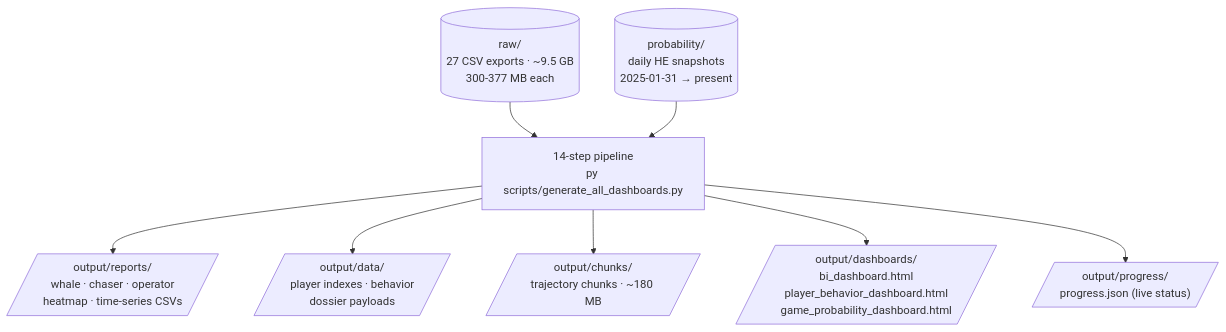
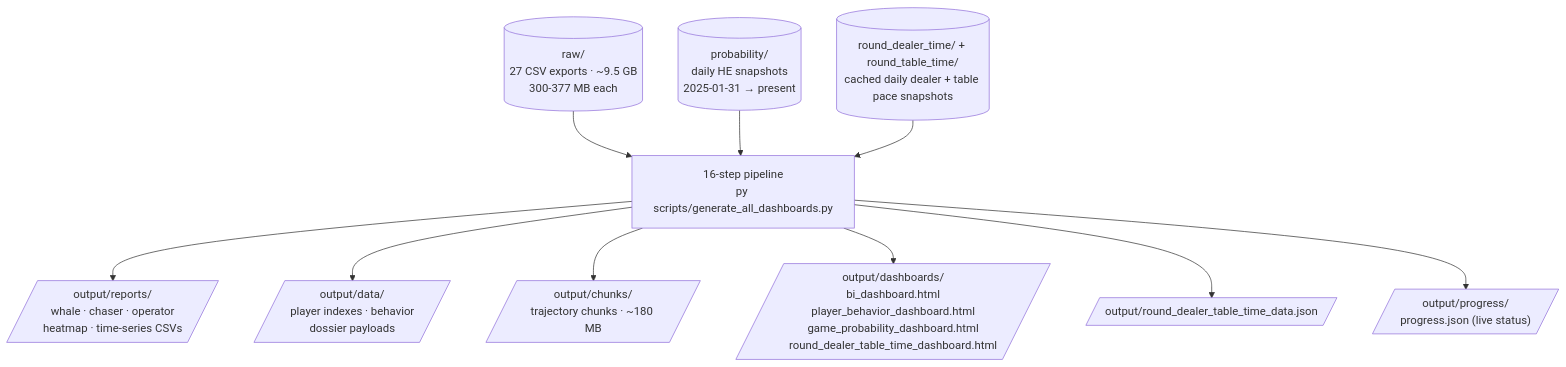
The diagram in data/README.md (MagusZealot/August-2026), drawn with Mermaid before and after one commit. The commit also changed other lines of this file and 10 other files, not shown here.

First line of the commit message:
Add round dealer and table time ingest script for unified dashboard

````diff
--- a/data/README.md
+++ b/data/README.md
@@ -48,14 +57,17 @@
 ```mermaid
 flowchart TD
     RAW[("raw/<br/>27 CSV exports · ~9.5 GB<br/>300-377 MB each")]
     PROB[("probability/<br/>daily HE snapshots<br/>2025-01-31 → present")]
+    PACE[("round_dealer_time/ + round_table_time/<br/>cached daily dealer + table pace snapshots")]
 
-    RAW --> PIPE["14-step pipeline<br/>py scripts/generate_all_dashboards.py"]
+    RAW --> PIPE["16-step pipeline<br/>py scripts/generate_all_dashboards.py"]
     PROB --> PIPE
+    PACE --> PIPE
 
     PIPE --> REPORTS[/"output/reports/<br/>whale · chaser · operator<br/>heatmap · time-series CSVs"/]
     PIPE --> DATA[/"output/data/<br/>player indexes · behavior<br/>dossier payloads"/]
     PIPE --> CHUNKS[/"output/chunks/<br/>trajectory chunks · ~180 MB"/]
-    PIPE --> DASH[/"output/dashboards/<br/>bi_dashboard.html<br/>player_behavior_dashboard.html<br/>game_probability_dashboard.html"/]
+    PIPE --> DASH[/"output/dashboards/<br/>bi_dashboard.html<br/>player_behavior_dashboard.html<br/>game_probability_dashboard.html<br/>round_dealer_table_time_dashboard.html"/]
+    PIPE --> PACE_OUT[/"output/round_dealer_table_time_data.json"/]
     PIPE --> PROGRESS[/"output/progress/<br/>progress.json (live status)"/]
 ```
````
